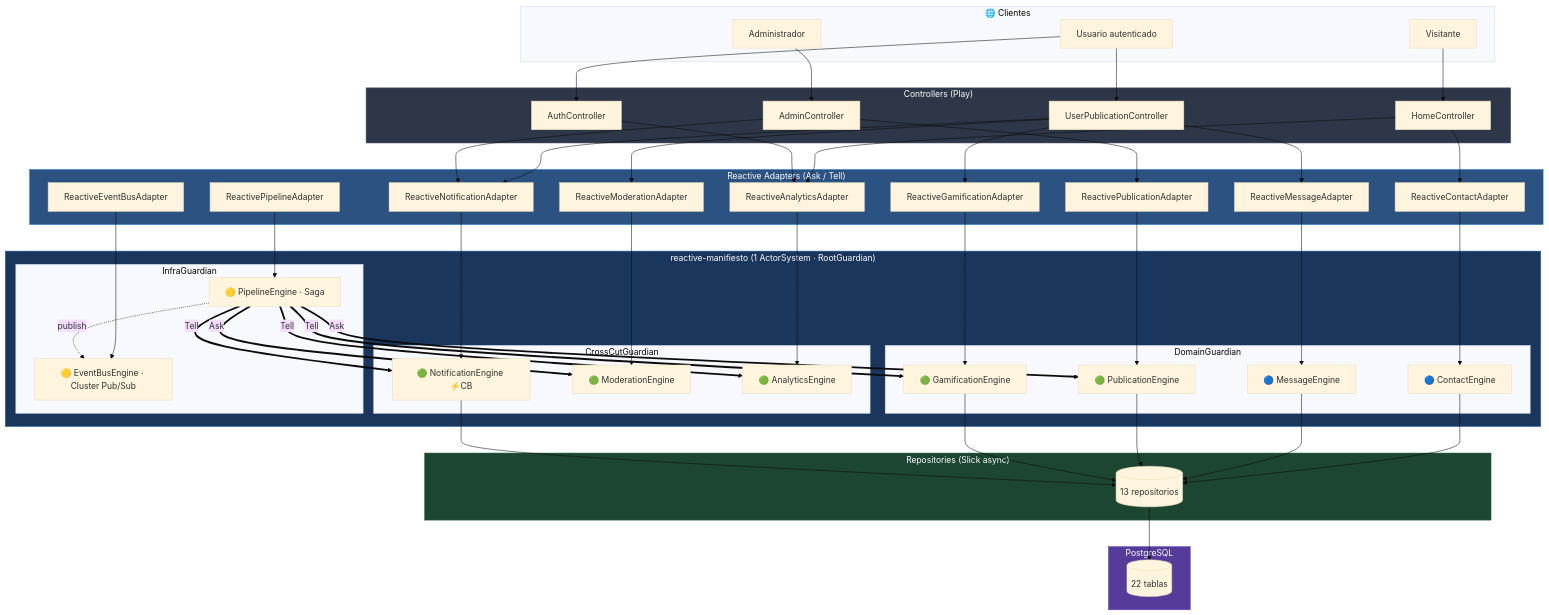
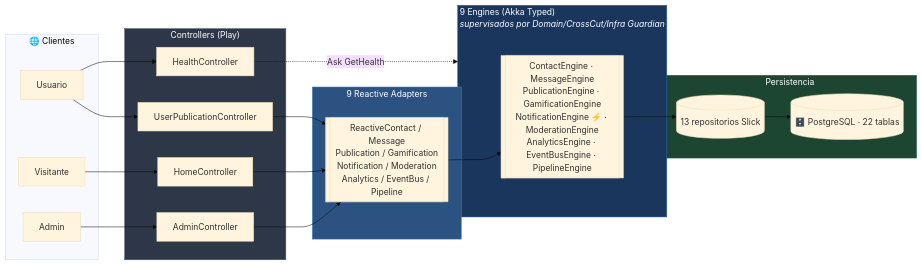
One commit to federicopfund/Reactive_Systems changed the second of 5 diagrams in README.md. Above: the diagram before and after it, drawn with Mermaid (base theme). The commit also changed other lines of this file, not shown here.

Commit message:
docs(readme): redesign architecture diagram to show guardian → agent hierarchy

````diff
--- a/README.md
+++ b/README.md
@@ -86,98 +154,47 @@
 ```mermaid
-graph TB
+graph LR
     subgraph Clients["🌐 Clientes"]
-        B1["Usuario autenticado"]
+        B1["Usuario"]
         B2["Visitante"]
-        B3["Administrador"]
+        B3["Admin"]
     end
 
     subgraph Controllers["Controllers (Play)"]
         HC["HomeController"]
         UPC["UserPublicationController"]
         AC["AdminController"]
-        AUC["AuthController"]
+        HE["HealthController"]
     end
 
-    subgraph Adapters["Reactive Adapters (Ask / Tell)"]
-        RCA["ReactiveContactAdapter"]
-        RMA["ReactiveMessageAdapter"]
-        RPA["ReactivePublicationAdapter"]
-        RGA["ReactiveGamificationAdapter"]
-        RNA["ReactiveNotificationAdapter"]
-        RMOA["ReactiveModerationAdapter"]
-        RAA["ReactiveAnalyticsAdapter"]
-        REBA["ReactiveEventBusAdapter"]
-        RPLA["ReactivePipelineAdapter"]
+    subgraph Adapters["9 Reactive Adapters"]
+        ADP[["ReactiveContact / Message<br/>Publication / Gamification<br/>Notification / Moderation<br/>Analytics / EventBus / Pipeline"]]
     end
 
-    subgraph ActorSystem["reactive-manifiesto (1 ActorSystem · RootGuardian)"]
-        subgraph DG["DomainGuardian"]
-            CE["🔵 ContactEngine"]
-            ME["🔵 MessageEngine"]
-            PE["🟢 PublicationEngine"]
-            GE["🟢 GamificationEngine"]
-        end
-        subgraph CG["CrossCutGuardian"]
-            NE["🟢 NotificationEngine ⚡CB"]
-            MOE["🟢 ModerationEngine"]
-            AE["🟢 AnalyticsEngine"]
-        end
-        subgraph IG["InfraGuardian"]
-            EB["🟡 EventBusEngine · Cluster Pub/Sub"]
-            PL["🟡 PipelineEngine · Saga"]
-        end
+    subgraph Engines["9 Engines (Akka Typed)<br/><i>supervisados por Domain/CrossCut/Infra Guardian</i>"]
+        ENG[["ContactEngine · MessageEngine<br/>PublicationEngine · GamificationEngine<br/>NotificationEngine ⚡ · ModerationEngine<br/>AnalyticsEngine · EventBusEngine · PipelineEngine"]]
     end
 
-    subgraph Repositories["Repositories (Slick async)"]
-        REPOS[("13 repositorios")]
-    end
-
-    subgraph DB["PostgreSQL"]
-        DBIcon[("22 tablas")]
+    subgraph Persistence["Persistencia"]
+        REPOS[("13 repositorios Slick")]
+        DB[("🗄️ PostgreSQL · 22 tablas")]
     end
 
     B1 --> UPC
     B2 --> HC
     B3 --> AC
-    B1 --> AUC
+    B1 --> HE
 
-    HC --> RCA
-    HC --> RAA
-    UPC --> RMA
-    UPC --> RMOA
-    UPC --> RGA
-    UPC --> RNA
-    AC --> RPA
-    AC --> RNA
-    AUC --> RAA
+    HC --> ADP
+    UPC --> ADP
+    AC --> ADP
+    HE -. "Ask GetHealth" .-> Engines
 
-    RCA --> CE
-    RMA --> ME
-    RPA --> PE
-    RGA --> GE
-    RNA --> NE
-    RMOA --> MOE
-    RAA --> AE
-    REBA --> EB
-    RPLA --> PL
+    ADP --> ENG
+    ENG --> REPOS
+    REPOS --> DB
 
-    PL == "Ask" ==> MOE
-    PL == "Ask" ==> PE
-    PL == "Tell" ==> NE
-    PL == "Tell" ==> GE
-    PL == "Tell" ==> AE
-    PL -. "publish" .-> EB
-
-    CE --> REPOS
-    ME --> REPOS
-    PE --> REPOS
-    GE --> REPOS
-    NE --> REPOS
-    REPOS --> DBIcon
-
-    style ActorSystem fill:#1a365d,stroke:#2b6cb0,color:#fff
+    style Controllers fill:#2d3748,stroke:#4a5568,color:#fff
     style Adapters fill:#2c5282,stroke:#3182ce,color:#fff
-    style Controllers fill:#2d3748,stroke:#4a5568,color:#fff
-    style Repositories fill:#1c4532,stroke:#276749,color:#fff
-    style DB fill:#553c9a,stroke:#6b46c1,color:#fff
+    style Engines fill:#1a365d,stroke:#2b6cb0,color:#fff
+    style Persistence fill:#1c4532,stroke:#276749,color:#fff
 ```
````
